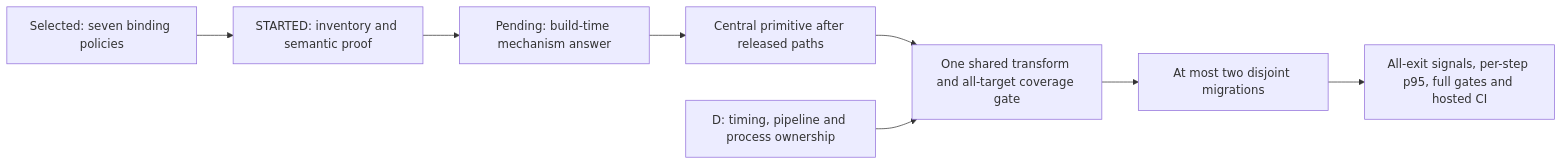
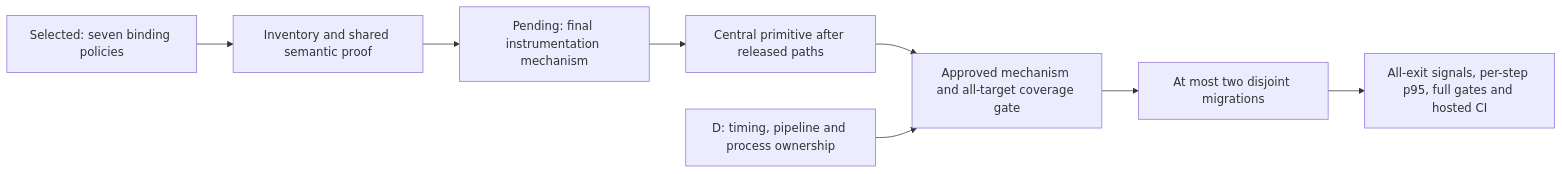
One commit to Resnovas/Eventiva changed the first of 45 diagrams in docs/planning/timeline.md. Above: the diagram before and after it, drawn with Mermaid. The commit also changed other lines of this file and 3 other files, not shown here.

First line of the commit message:
docs(telemetry): freeze transform proof pending mechanism decision

````diff
--- a/docs/planning/timeline.md
+++ b/docs/planning/timeline.md
@@ -22,10 +24,10 @@
 ```mermaid
 flowchart LR
-    Selected["Selected: seven binding policies"] --> S1["STARTED: inventory and semantic proof"]
-    S1 --> Decision["Pending: build-time mechanism answer"]
+    Selected["Selected: seven binding policies"] --> S1["Inventory and shared semantic proof"]
+    S1 --> Decision["Pending: final instrumentation mechanism"]
     Decision --> Primitive["Central primitive after released paths"]
-    Primitive --> Check["One shared transform and all-target coverage gate"]
+    Primitive --> Check["Approved mechanism and all-target coverage gate"]
     D["D: timing, pipeline and process ownership"] --> Check
     Check --> Migrate["At most two disjoint migrations"]
     Migrate --> Evidence["All-exit signals, per-step p95, full gates and hosted CI"]
 ```
````
